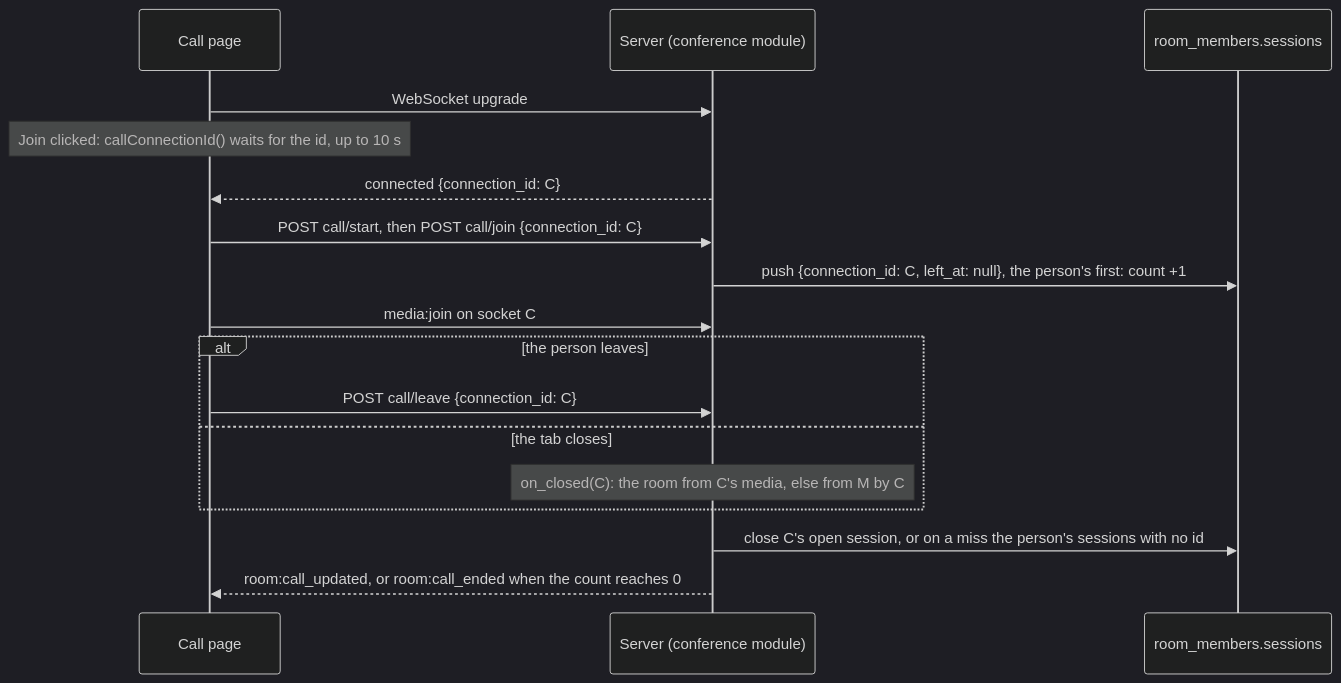
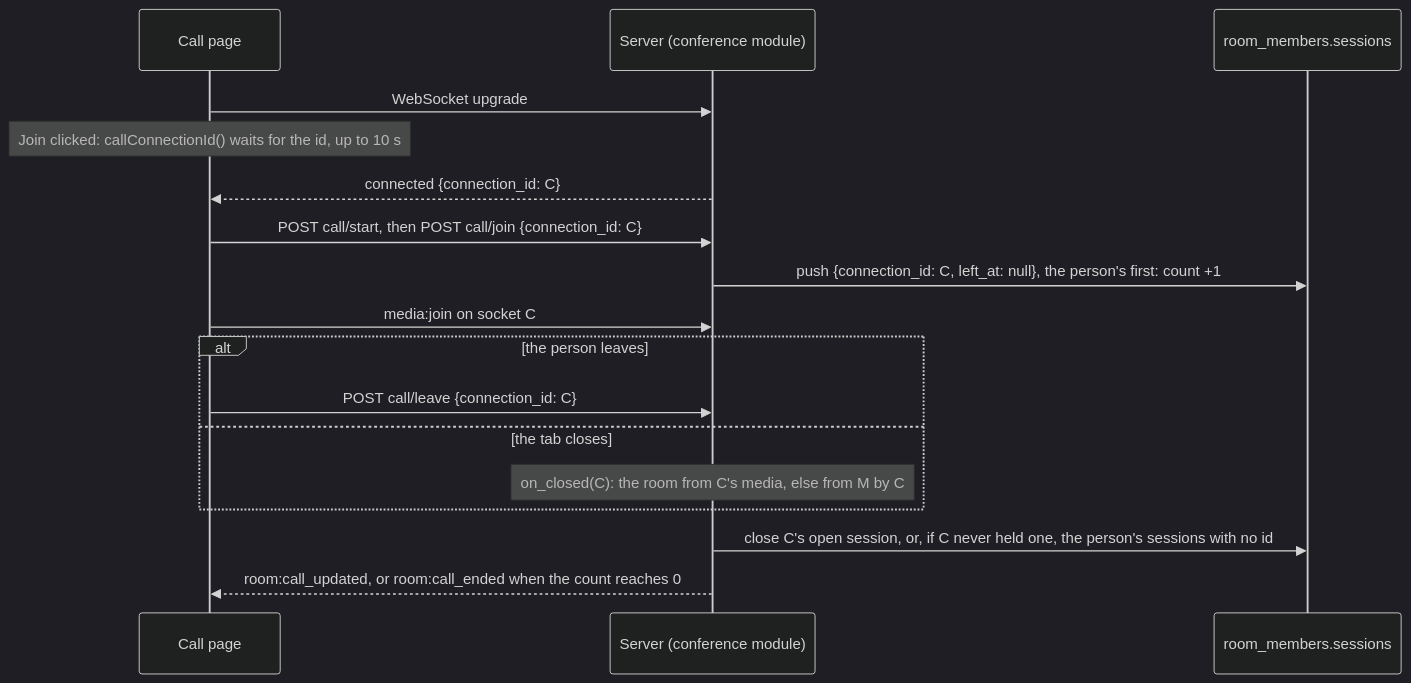
Before and after one commit to gjovanov/roomler-ai: the second of 7 diagrams in docs/real-time.md, drawn with Mermaid (dark theme). The commit also changed other lines of this file and 3 other files, not shown here.

First line of the commit message:
fix(call): a connection that already held a session never closes the ones with no id

````diff
--- a/docs/real-time.md
+++ b/docs/real-time.md
@@ -89,19 +89,19 @@
 ```mermaid
 sequenceDiagram
     participant P as Call page
     participant S as Server (conference module)
     participant M as room_members.sessions
     P->>S: WebSocket upgrade
     Note over P: Join clicked: callConnectionId() waits for the id, up to 10 s
     S-->>P: connected {connection_id: C}
     P->>S: POST call/start, then POST call/join {connection_id: C}
     S->>M: push {connection_id: C, left_at: null}, the person's first: count +1
     P->>S: media:join on socket C
     alt the person leaves
         P->>S: POST call/leave {connection_id: C}
     else the tab closes
         Note over S: on_closed(C): the room from C's media, else from M by C
     end
-    S->>M: close C's open session, or on a miss the person's sessions with no id
+    S->>M: close C's open session, or, if C never held one, the person's sessions with no id
     S-->>P: room:call_updated, or room:call_ended when the count reaches 0
 ```
````
